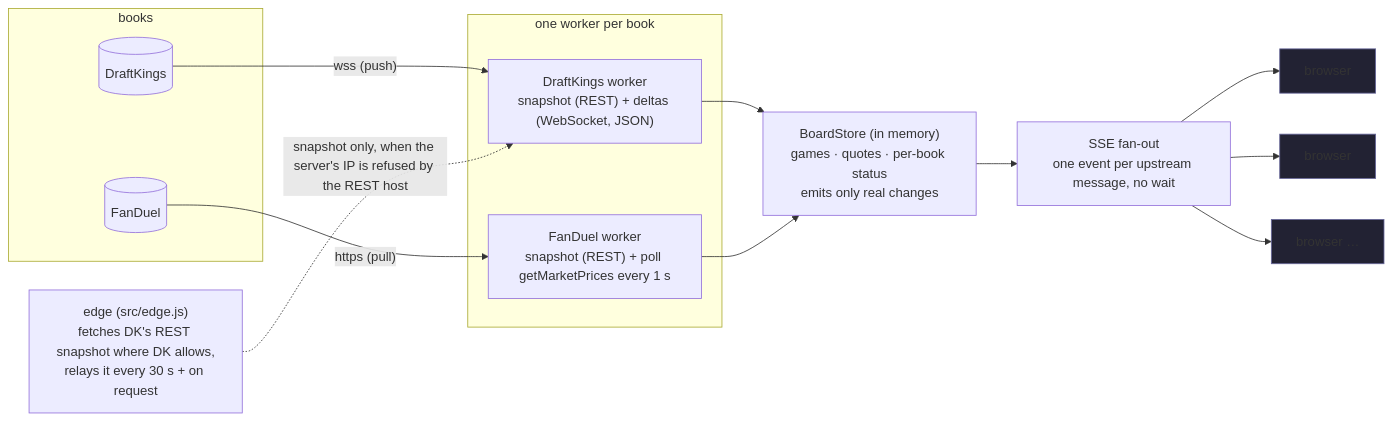
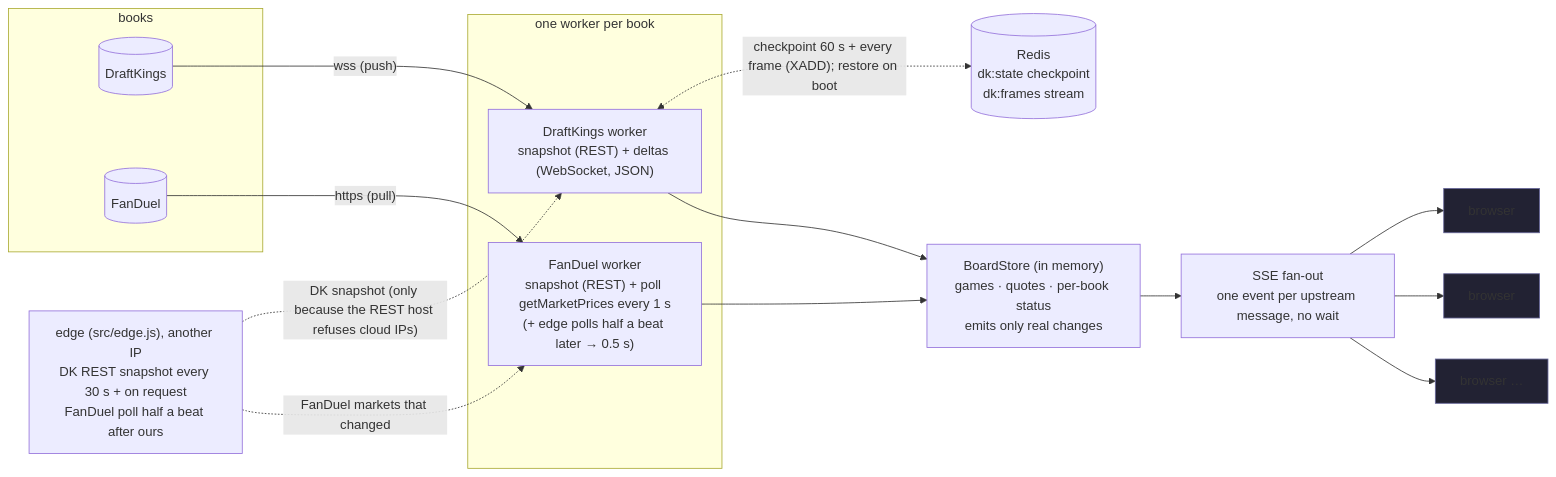
The diagram in README.md (youngbizman/nfl-odds-board), drawn with Mermaid before and after one commit. The commit also changed other lines of this file and 2 other files, not shown here.

First line of the commit message:
README: interleaved FanDuel (0.5 s), DK clock offset, Redis durability tested live; keep-awake workflow; keep 'checkpoint' label until an edge snapshot arrives

````diff
--- a/README.md
+++ b/README.md
@@ -46,24 +46,27 @@
 ```mermaid
 flowchart LR
   subgraph books
     DK[(DraftKings)]
     FD[(FanDuel)]
   end
   subgraph ingestion["one worker per book"]
     DKW["DraftKings worker<br/>snapshot (REST) + deltas (WebSocket, JSON)"]
-    FDW["FanDuel worker<br/>snapshot (REST) + poll getMarketPrices every 1 s"]
+    FDW["FanDuel worker<br/>snapshot (REST) + poll getMarketPrices every 1 s<br/>(+ edge polls half a beat later → 0.5 s)"]
   end
   STORE["BoardStore (in memory)<br/>games · quotes · per-book status<br/>emits only real changes"]
+  REDIS[("Redis<br/>dk:state checkpoint<br/>dk:frames stream")]
+  DKW <-. "checkpoint 60 s + every frame (XADD); restore on boot" .-> REDIS
   SSE["SSE fan-out<br/>one event per upstream message, no wait"]
   B1[browser]:::b
   B2[browser]:::b
   B3[browser …]:::b
   DK -- "wss (push)" --> DKW
   FD -- "https (pull)" --> FDW
   DKW --> STORE
   FDW --> STORE
   STORE --> SSE
   SSE --> B1 & B2 & B3
-  EDGE["edge (src/edge.js)<br/>fetches DK's REST snapshot where DK allows,<br/>relays it every 30 s + on request"] -. "snapshot only, when the server's IP is refused by the REST host" .-> DKW
+  EDGE["edge (src/edge.js), another IP<br/>DK REST snapshot every 30 s + on request<br/>FanDuel poll half a beat after ours"] -. "DK snapshot (only because the REST host refuses cloud IPs)" .-> DKW
+  EDGE -. "FanDuel markets that changed" .-> FDW
   classDef b fill:#223,stroke:#669
 ```
````
